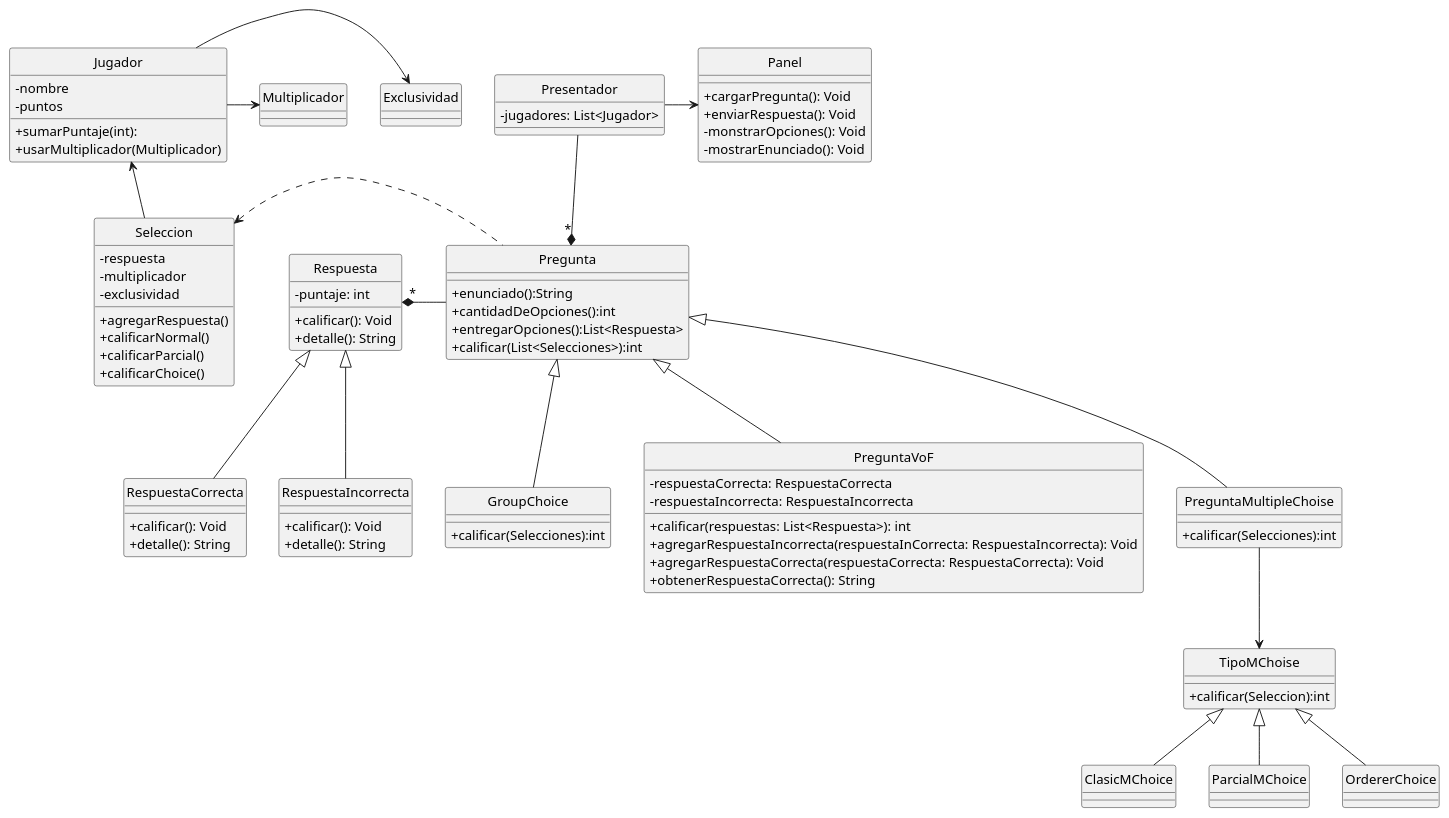
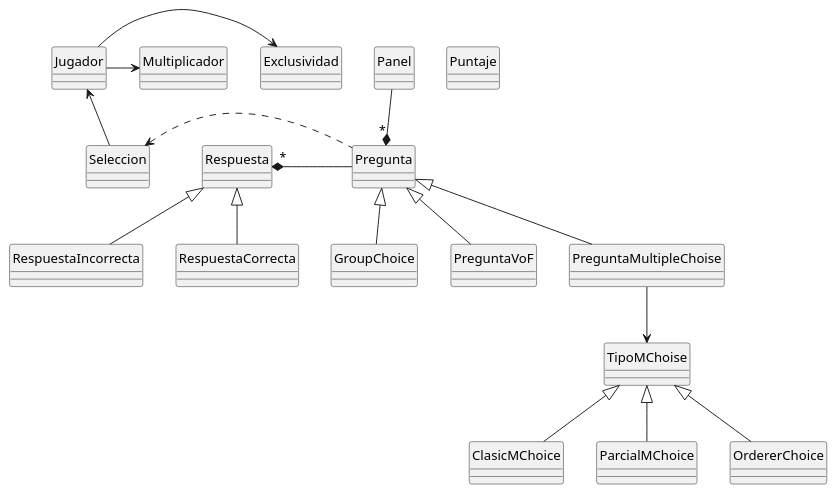
Before and after one commit to AmayaSantos/TP2-1: the diagram in src/main/java/edu/fiuba/algo3/modelo/diagramas/DiagramaDeClases.puml, drawn with PlantUML. The commit also changed 9 other files, not shown here.

```diff
--- a/src/main/java/edu/fiuba/algo3/modelo/diagramas/DiagramaDeClases.puml
+++ b/src/main/java/edu/fiuba/algo3/modelo/diagramas/DiagramaDeClases.puml
@@ -1,103 +1,70 @@
 @startuml
 hide circle
 skinparam classAttributeIconSize 0
 
 'Clases
-class Panel{
-    +cargarPregunta(): Void
-    +enviarRespuesta(): Void
-    -monstrarOpciones(): Void
-    -mostrarEnunciado(): Void
-}
-
-Class Presentador{
-    -jugadores: List<Jugador>
-}
+Class Panel{
+ }
 
 Class Pregunta{
-    +enunciado():String
-    +cantidadDeOpciones():int
-    +entregarOpciones():List<Respuesta>
-    +calificar(List<Selecciones>):int
+
 }
 
 Class Respuesta{
-    -puntaje: int
-    +calificar(): Void
-    +detalle(): String
-}
 
-Class RespuestaCorrecta{
-    +calificar(): Void
-    +detalle(): String
-}
-
-Class RespuestaIncorrecta{
-    +calificar(): Void
-    +detalle(): String
 }
 
 Class PreguntaVoF{
-    -respuestaCorrecta: RespuestaCorrecta
-    -respuestaIncorrecta: RespuestaIncorrecta
-    +calificar(respuestas: List<Respuesta>): int
-    +agregarRespuestaIncorrecta(respuestaInCorrecta: RespuestaIncorrecta): Void
-    +agregarRespuestaCorrecta(respuestaCorrecta: RespuestaCorrecta): Void
-    +obtenerRespuestaCorrecta(): String
+
 }
 
 Class PreguntaMultipleChoise{
-    +calificar(Selecciones):int
+
 }
 
 Class GroupChoice{
-    +calificar(Selecciones):int
+
 }
 
 Class TipoMChoise{
-    +calificar(Seleccion):int
+
 }
 
 Class ClasicMChoice
 Class ParcialMChoice
 Class OrdererChoice
 
 Class Seleccion{
-    -respuesta
-    -multiplicador
-    -exclusividad
-    +agregarRespuesta()
-    +calificarNormal()
-    +calificarParcial()
-    +calificarChoice()
+
 }
 
 Class Jugador{
-    -nombre
-    -puntos
-    +sumarPuntaje(int):
-    +usarMultiplicador(Multiplicador)
+
 }
+
+Class Puntaje{
+}
+
 
 Class Exclusividad
 Class Multiplicador
 
 'Relaciones
-Panel <-left- Presentador
-Presentador --* "*" Pregunta
+
+Panel --* "*" Pregunta
 Pregunta -left-* "*" Respuesta
 RespuestaIncorrecta -up-|> Respuesta
 RespuestaCorrecta -up-|> Respuesta
 PreguntaVoF -up-|> Pregunta
 PreguntaMultipleChoise -up-|> Pregunta
 GroupChoice -up-|> Pregunta
 PreguntaMultipleChoise -down-> TipoMChoise
 ClasicMChoice -up-|> TipoMChoise
 ParcialMChoice -up-|> TipoMChoise
 OrdererChoice -up-|> TipoMChoise
 Pregunta .left.> Seleccion
 Seleccion -up-> Jugador
 Jugador -right-> Exclusividad
 Jugador -right-> Multiplicador
 
 @enduml
```
